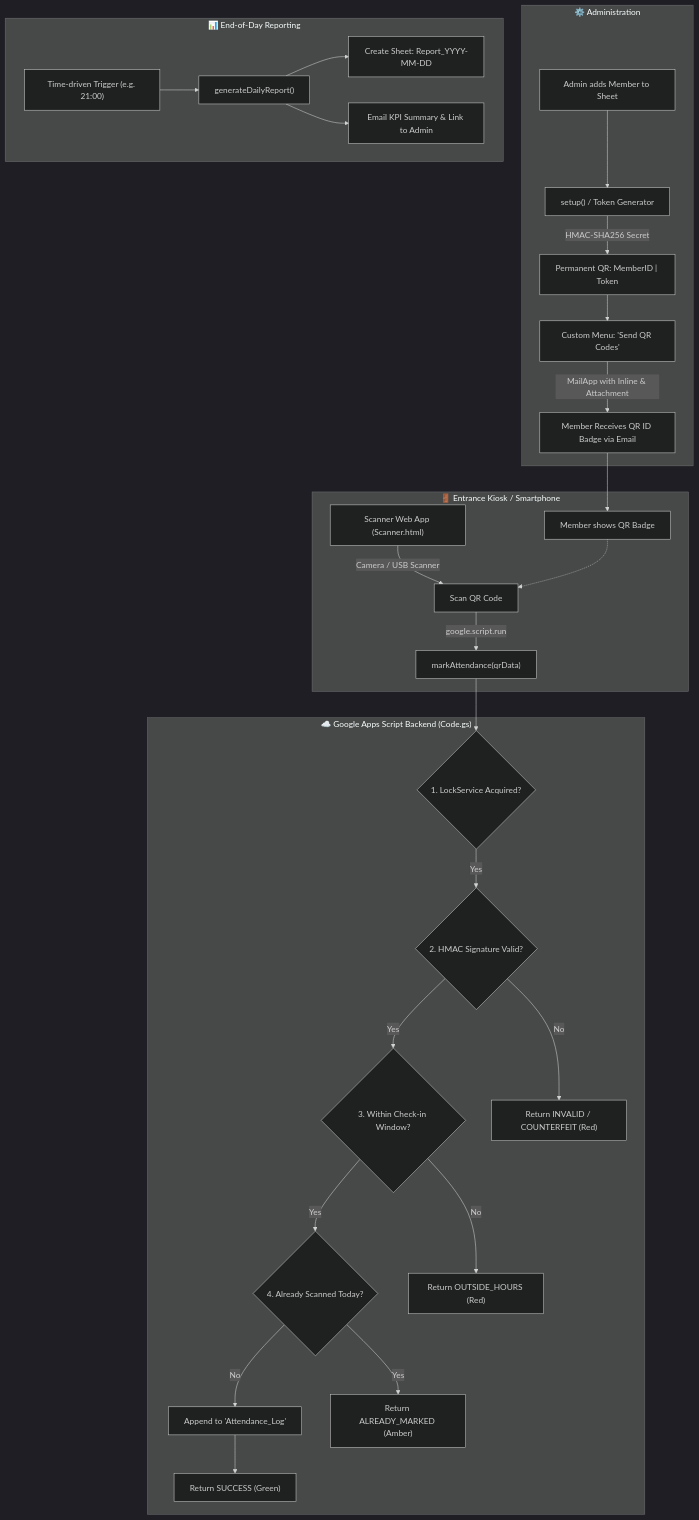
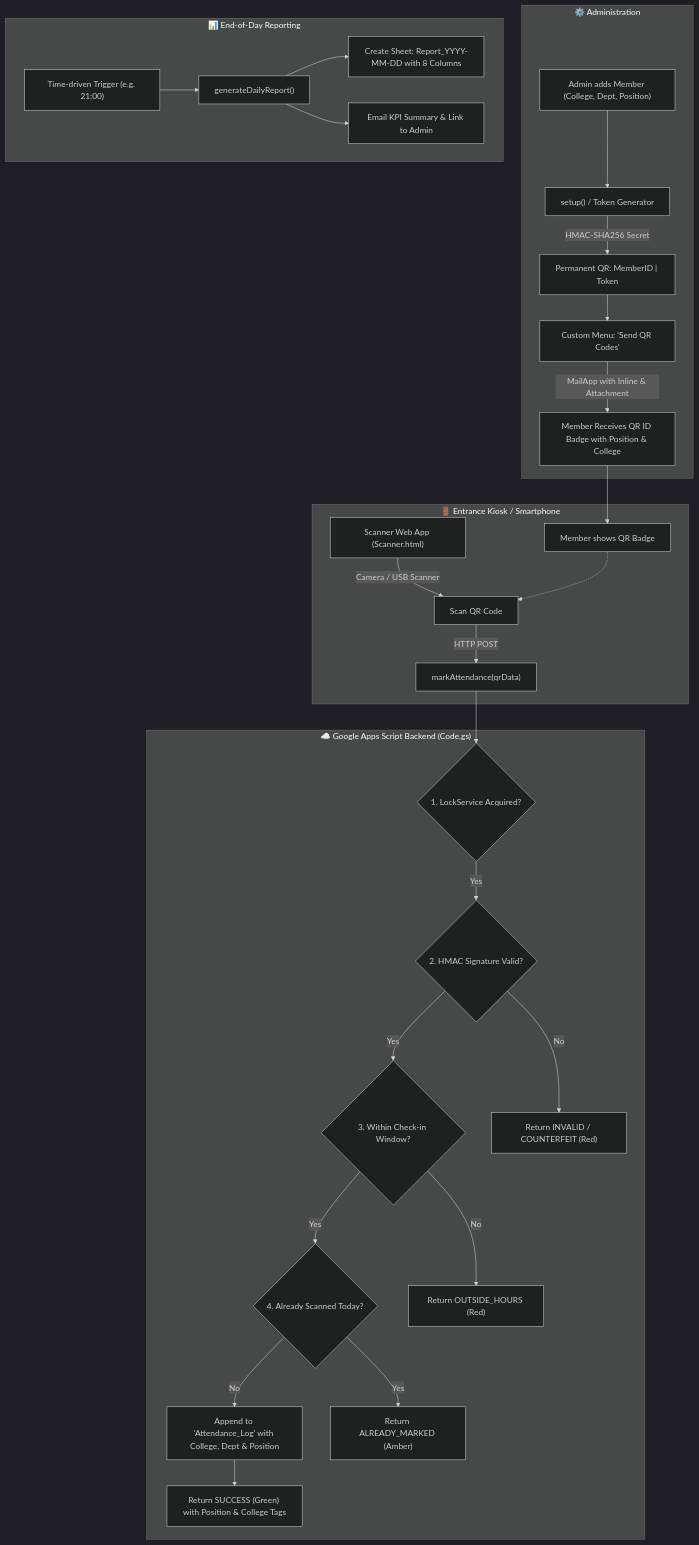
Before and after one commit to Kaustubhh-Deshmukh-Git/workstation-attendance: the diagram in README.md, drawn with Mermaid (dark theme). The commit also changed other lines of this file and 5 other files, not shown here.

Commit message:
Add College, Department, and Position constraints with data repair and sample cleanup

````diff
--- a/README.md
+++ b/README.md
@@ -9,34 +14,34 @@
 ```mermaid
 flowchart TD
     subgraph Admin ["⚙️ Administration"]
-        A[Admin adds Member to Sheet] --> B["setup() / Token Generator"]
+        A["Admin adds Member (College, Dept, Position)"] --> B["setup() / Token Generator"]
         B -->|HMAC-SHA256 Secret| C["Permanent QR: MemberID | Token"]
         C --> D["Custom Menu: 'Send QR Codes'"]
-        D -->|MailApp with Inline & Attachment| E["Member Receives QR ID Badge via Email"]
+        D -->|MailApp with Inline & Attachment| E["Member Receives QR ID Badge with Position & College"]
     end
 
     subgraph Entrance ["🚪 Entrance Kiosk / Smartphone"]
         E --> F["Member shows QR Badge"]
         G["Scanner Web App (Scanner.html)"] -->|Camera / USB Scanner| H["Scan QR Code"]
         F -.-> H
-        H -->|google.script.run| I["markAttendance(qrData)"]
+        H -->|HTTP POST| I["markAttendance(qrData)"]
     end
 
     subgraph Server ["☁️ Google Apps Script Backend (Code.gs)"]
         I --> J{"1. LockService Acquired?"}
         J -->|Yes| K{"2. HMAC Signature Valid?"}
         K -->|Yes| L{"3. Within Check-in Window?"}
         L -->|Yes| M{"4. Already Scanned Today?"}
-        M -->|No| N["Append to 'Attendance_Log'"]
-        N --> O["Return SUCCESS (Green)"]
+        M -->|No| N["Append to 'Attendance_Log' with College, Dept & Position"]
+        N --> O["Return SUCCESS (Green) with Position & College Tags"]
         M -->|Yes| P["Return ALREADY_MARKED (Amber)"]
         K -->|No| Q["Return INVALID / COUNTERFEIT (Red)"]
         L -->|No| R["Return OUTSIDE_HOURS (Red)"]
     end
 
     subgraph Reporting ["📊 End-of-Day Reporting"]
         S["Time-driven Trigger (e.g. 21:00)"] --> T["generateDailyReport()"]
-        T --> U["Create Sheet: Report_YYYY-MM-DD"]
+        T --> U["Create Sheet: Report_YYYY-MM-DD with 8 Columns"]
         T --> V["Email KPI Summary & Link to Admin"]
     end
 ```
````
